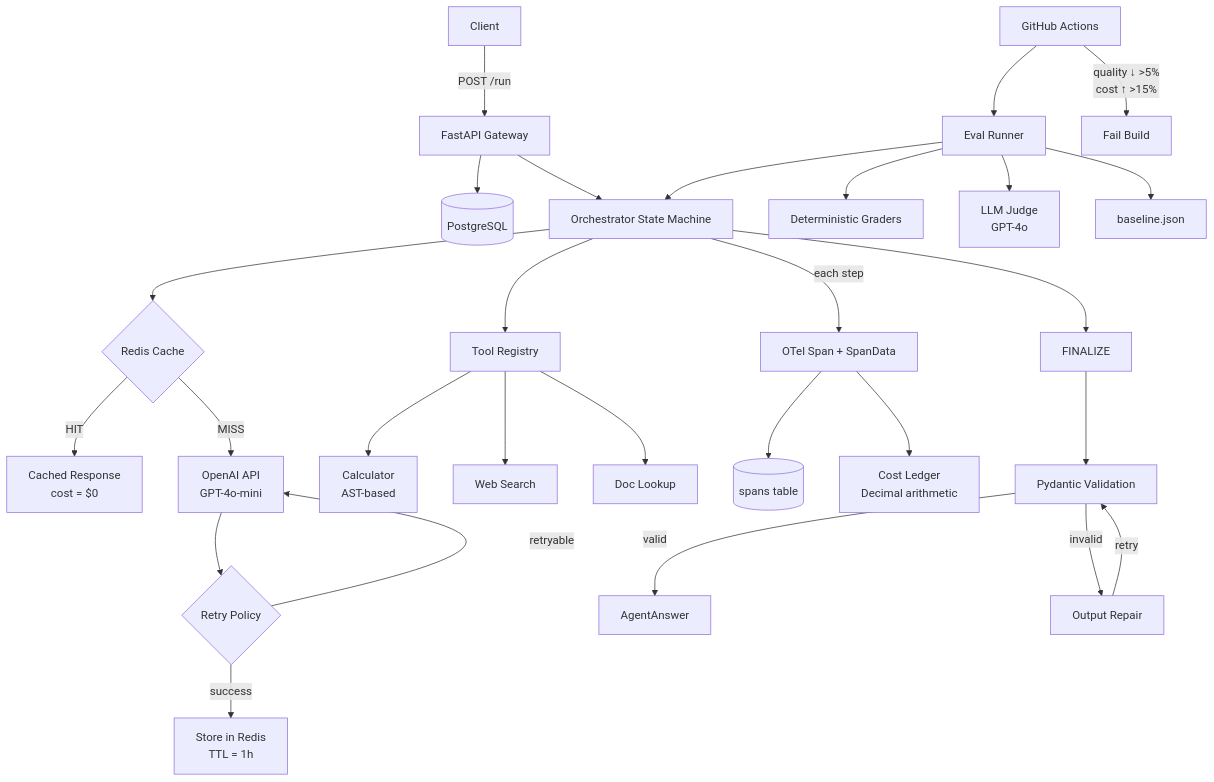
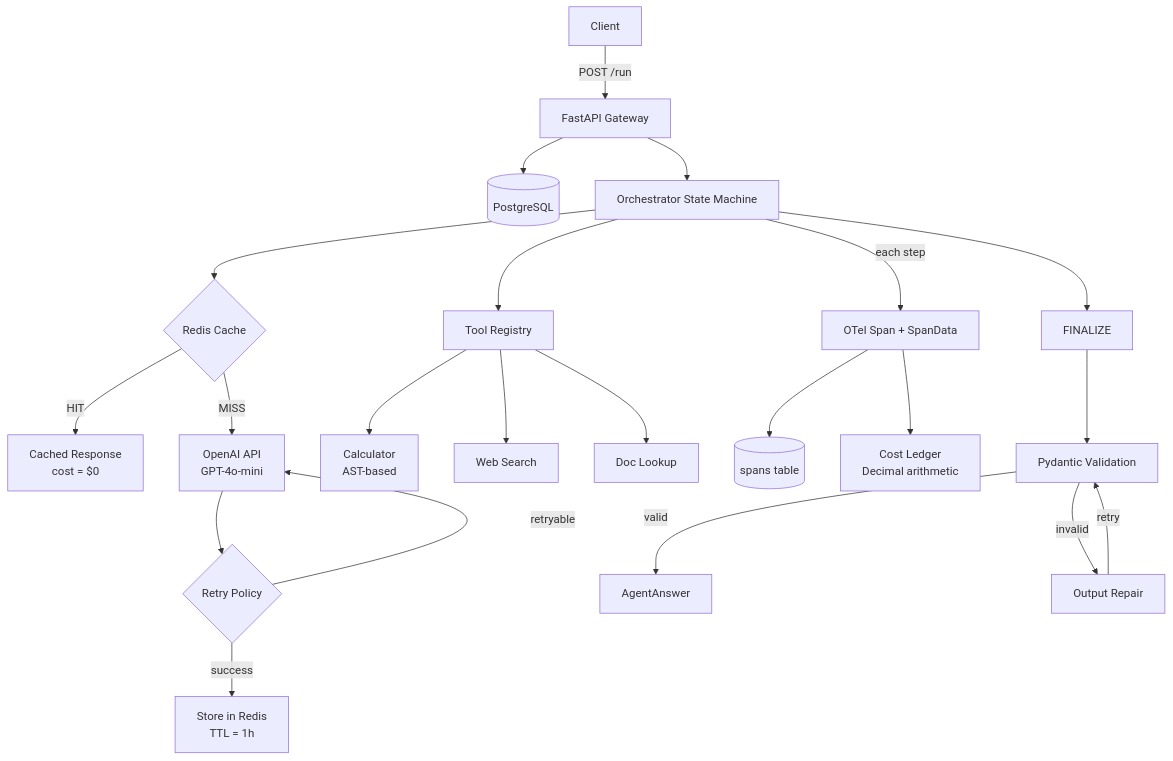
One commit to pranavsharma-dev/agent-platform changed the diagram in README.md. Above: the diagram before and after it, drawn with Mermaid. The commit also changed other lines of this file and 16 other files, not shown here.

````diff
--- a/README.md
+++ b/README.md
@@ -28,35 +23,28 @@
 ```mermaid
 graph TD
     Client[Client] -->|POST /run| API[FastAPI Gateway]
     API --> DB[(PostgreSQL)]
     API --> Orch[Orchestrator State Machine]
 
     Orch --> CacheCheck{Redis Cache}
     CacheCheck -->|HIT| CachedResp[Cached Response<br/>cost = $0]
     CacheCheck -->|MISS| LLM[OpenAI API<br/>GPT-4o-mini]
     LLM --> Retry{Retry Policy}
     Retry -->|retryable| LLM
     Retry -->|success| StoreCache[Store in Redis<br/>TTL = 1h]
 
     Orch --> Tools[Tool Registry]
     Tools --> Calc[Calculator<br/>AST-based]
     Tools --> Search[Web Search]
     Tools --> DocLookup[Doc Lookup]
 
     Orch -->|each step| Spans[OTel Span + SpanData]
     Spans --> SpanDB[(spans table)]
     Spans --> Cost[Cost Ledger<br/>Decimal arithmetic]
 
     Orch --> Finalize[FINALIZE]
     Finalize --> Validate[Pydantic Validation]
     Validate -->|valid| Answer[AgentAnswer]
     Validate -->|invalid| Repair[Output Repair]
     Repair -->|retry| Validate
-
-    EvalRunner[Eval Runner] --> Orch
-    EvalRunner --> Graders[Deterministic Graders]
-    EvalRunner --> Judge[LLM Judge<br/>GPT-4o]
-    EvalRunner --> Baseline[baseline.json]
-    CI[GitHub Actions] --> EvalRunner
-    CI -->|quality ↓ >5%<br/>cost ↑ >15%| Fail[Fail Build]
 ```
````
